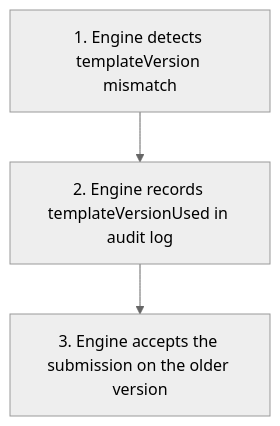
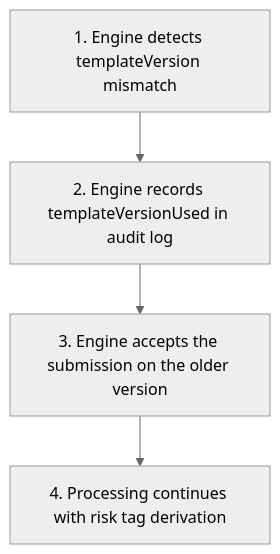
Before and after one commit to joachimtrungtuan/hairline-pm-docs: the third of 6 diagrams in project-requirements/functional-requirements/fr002-medical-history/prd.md, drawn with Mermaid (neutral theme). The commit also changed other lines of this file and 5 other files, not shown here.

Commit message:
docs(fr002): apply logic review pass 1 fixes to PRD and graph

````diff
--- a/project-requirements/functional-requirements/fr002-medical-history/prd.md
+++ b/project-requirements/functional-requirements/fr002-medical-history/prd.md
@@ -115,5 +116,6 @@
 ```mermaid
 flowchart TD
   A2S1["1. Engine detects templateVersion mismatch"] --> A2S2["2. Engine records templateVersionUsed in audit log"]
   A2S2 --> A2S3["3. Engine accepts the submission on the older version"]
+  A2S3 --> A2S4["4. Processing continues with risk tag derivation"]
 ```
````
